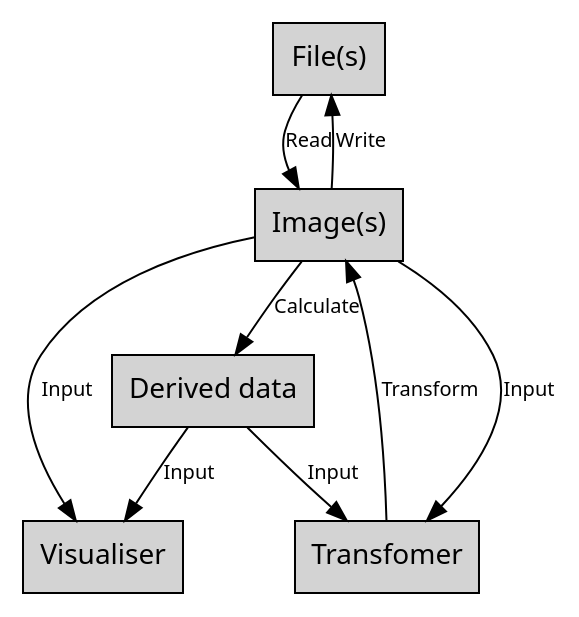
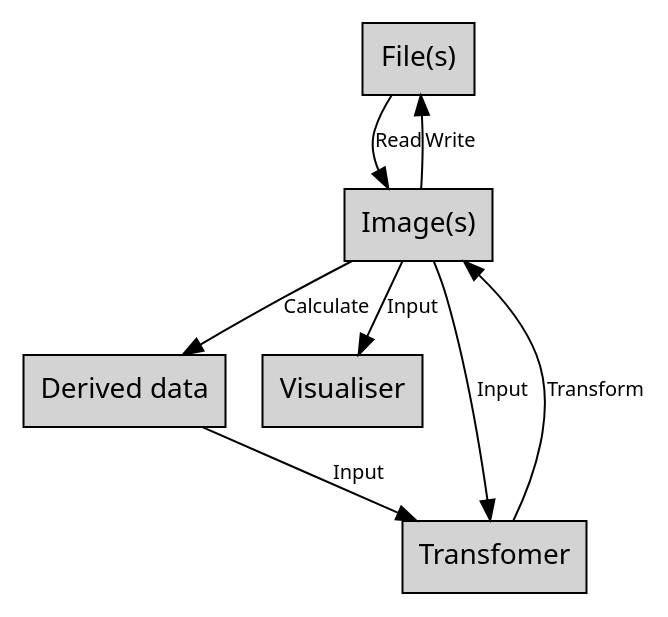
The diagram in requirements/source/requirements.rst (JIC-CSB/jicbioimage.core), drawn with Graphviz before and after one commit. The commit also changed other lines of this file and 1 other file, not shown here.

Commit message:
Updated first workflow graph and removed the second one.

```diff
--- a/requirements/source/requirements.rst
+++ b/requirements/source/requirements.rst
@@ -28,19 +28,20 @@
 .. graphviz::
 
    digraph mental_model {
      node [fontname=Sans, shape=box, style=filled];
      edge [fontname=Sans, fontsize=10];
 
      files [label="File(s)"];
      images [label="Image(s)"];
      derived_data [label="Derived data"];
      visualiser [label="Visualiser"];
      transformer [label="Transfomer"];
 
      files -> images [label="Read"];
      images -> files [label="Write"];
-     {images, derived_data} -> {transformer, visualiser} [label="Input"]
+     {images, derived_data} -> transformer [label="Input"]
+     images -> visualiser [label="Input"]
      transformer -> images [label="Transform"];
      images -> derived_data [label="Calculate"];
      
    }
```
